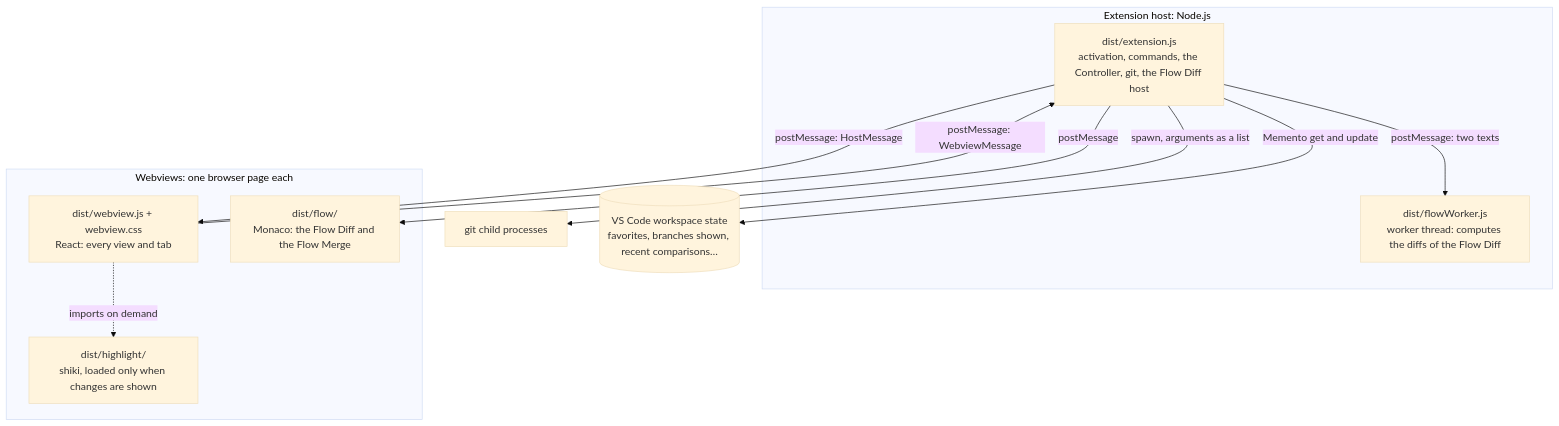
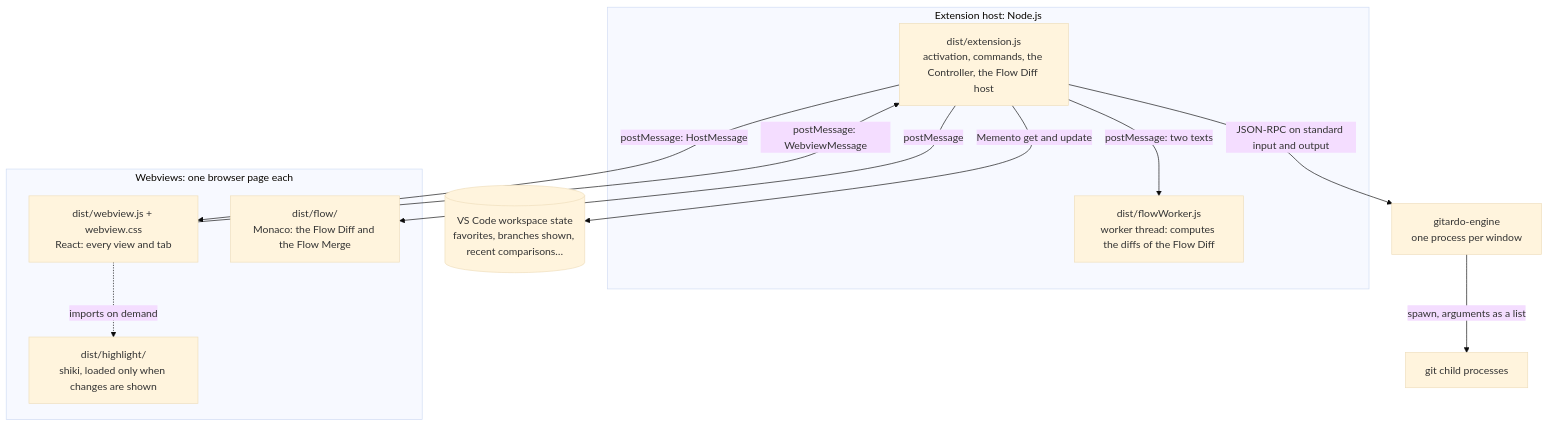
One commit to riccardoflp/gitardo changed the second of 2 diagrams in docs/extension/02-architecture.md. Above: the diagram before and after it, drawn with Mermaid (base theme). The commit also changed other lines of this file and 33 other files, not shown here.

Commit message:
Describe the extension without its TypeScript Git code: the architecture, the code rules, D49, the cards, the README, the testing page and stage 10 of the roadmap.

````diff
--- a/docs/extension/02-architecture.md
+++ b/docs/extension/02-architecture.md
@@ -45,21 +50,23 @@
 ```mermaid
 flowchart TB
   subgraph host [Extension host: Node.js]
-    ext[dist/extension.js<br/>activation, commands, the Controller, git, the Flow Diff host]
+    ext[dist/extension.js<br/>activation, commands, the Controller, the Flow Diff host]
     worker[dist/flowWorker.js<br/>worker thread: computes the diffs of the Flow Diff]
   end
   subgraph webviews [Webviews: one browser page each]
     ui[dist/webview.js + webview.css<br/>React: every view and tab]
     hl[dist/highlight/<br/>shiki, loaded only when changes are shown]
     flow[dist/flow/<br/>Monaco: the Flow Diff and the Flow Merge]
   end
+  engine[gitardo-engine<br/>one process per window]
   git[git child processes]
   state[(VS Code workspace state<br/>favorites, branches shown, recent comparisons…)]
   ext -->|postMessage: HostMessage| ui
   ui -->|postMessage: WebviewMessage| ext
   ext -->|postMessage| flow
   ext -->|postMessage: two texts| worker
   ui -.->|imports on demand| hl
-  ext -->|spawn, arguments as a list| git
+  ext -->|JSON-RPC on standard input and output| engine
+  engine -->|spawn, arguments as a list| git
   ext -->|Memento get and update| state
 ```
````
